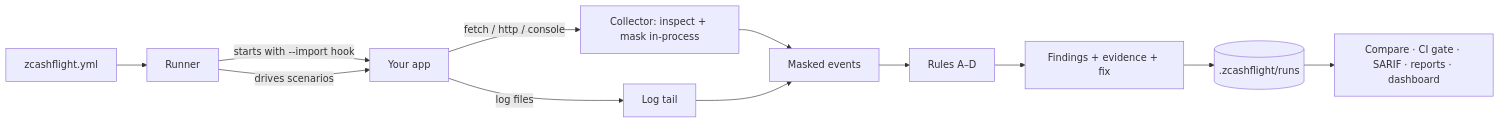
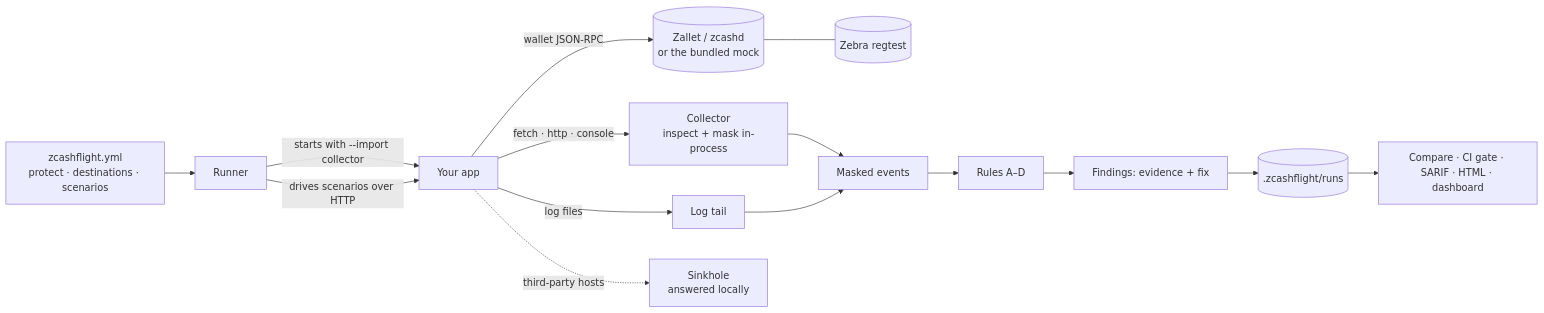
The diagram in README.md (mauyaa/zcashflight), drawn with Mermaid before and after one commit. The commit also changed other lines of this file and 21 other files, not shown here.

````diff
--- a/README.md
+++ b/README.md
@@ -61,14 +50,17 @@
 ```mermaid
 flowchart LR
-  P[zcashflight.yml] --> R[Runner]
-  R -->|starts with --import hook| A[Your app]
-  R -->|drives scenarios| A
-  A -->|fetch / http / console| C[Collector: inspect + mask in-process]
+  P[zcashflight.yml<br/>protect · destinations · scenarios] --> R[Runner]
+  R -->|starts with --import collector| A[Your app]
+  R -->|drives scenarios over HTTP| A
+  A -->|fetch · http · console| C[Collector<br/>inspect + mask in-process]
   A -->|log files| T[Log tail]
+  A -->|wallet JSON-RPC| W[(Zallet / zcashd<br/>or the bundled mock)]
+  W --- Z[(Zebra regtest)]
+  A -.->|third-party hosts| K[Sinkhole<br/>answered locally]
   C --> E[Masked events]
   T --> E
   E --> X[Rules A–D]
-  X --> F[Findings + evidence + fix]
+  X --> F[Findings: evidence + fix]
   F --> S[(.zcashflight/runs)]
-  S --> V[Compare · CI gate · SARIF · reports · dashboard]
+  S --> V[Compare · CI gate · SARIF · HTML · dashboard]
 ```
````
